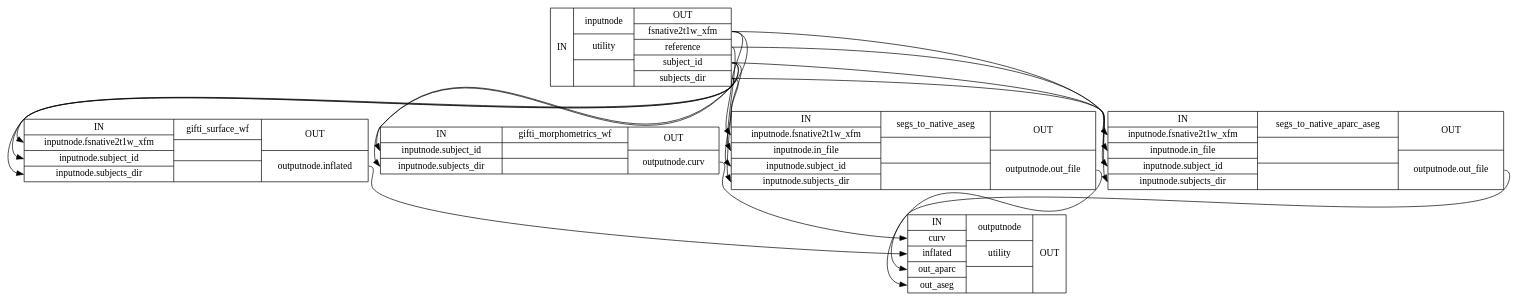
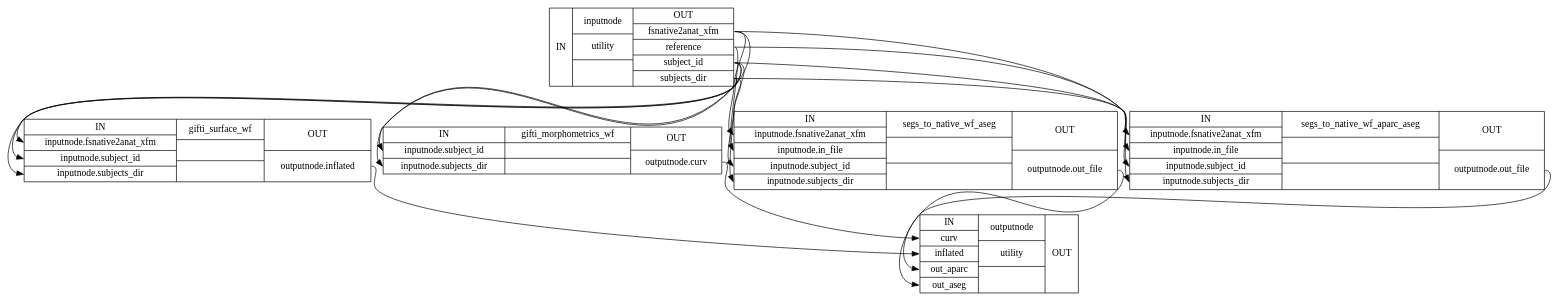
The diagram in wf_directive/api/surface_derivatives_wf/smriprep-workflows-surfaces-10_detailed.dot (laviniawuensch/smriprep), drawn with Graphviz before and after one commit. The commit also changed 2568 other files, not shown here.

```diff
--- a/wf_directive/api/surface_derivatives_wf/smriprep-workflows-surfaces-10_detailed.dot
+++ b/wf_directive/api/surface_derivatives_wf/smriprep-workflows-surfaces-10_detailed.dot
@@ -1,26 +1,26 @@
 digraph structs {
 node [shape=record];
-surface_derivatives_wfinputnode [label="{IN}|{ inputnode | utility |  }|{OUT|<outfsnative2t1wxfm> fsnative2t1w_xfm|<outreference> reference|<outsubjectid> subject_id|<outsubjectsdir> subjects_dir}"];
-surface_derivatives_wfgifti_surface_wf [label="{IN|<ininputnodefsnative2t1wxfm> inputnode.fsnative2t1w_xfm|<ininputnodesubjectid> inputnode.subject_id|<ininputnodesubjectsdir> inputnode.subjects_dir}|{ gifti_surface_wf |  |  }|{OUT|<outoutputnodeinflated> outputnode.inflated}"];
+surface_derivatives_wfinputnode [label="{IN}|{ inputnode | utility |  }|{OUT|<outfsnative2anatxfm> fsnative2anat_xfm|<outreference> reference|<outsubjectid> subject_id|<outsubjectsdir> subjects_dir}"];
+surface_derivatives_wfgifti_surface_wf [label="{IN|<ininputnodefsnative2anatxfm> inputnode.fsnative2anat_xfm|<ininputnodesubjectid> inputnode.subject_id|<ininputnodesubjectsdir> inputnode.subjects_dir}|{ gifti_surface_wf |  |  }|{OUT|<outoutputnodeinflated> outputnode.inflated}"];
 surface_derivatives_wfgifti_morphometrics_wf [label="{IN|<ininputnodesubjectid> inputnode.subject_id|<ininputnodesubjectsdir> inputnode.subjects_dir}|{ gifti_morphometrics_wf |  |  }|{OUT|<outoutputnodecurv> outputnode.curv}"];
-surface_derivatives_wfsegs_to_native_aseg [label="{IN|<ininputnodefsnative2t1wxfm> inputnode.fsnative2t1w_xfm|<ininputnodeinfile> inputnode.in_file|<ininputnodesubjectid> inputnode.subject_id|<ininputnodesubjectsdir> inputnode.subjects_dir}|{ segs_to_native_aseg |  |  }|{OUT|<outoutputnodeoutfile> outputnode.out_file}"];
-surface_derivatives_wfsegs_to_native_aparc_aseg [label="{IN|<ininputnodefsnative2t1wxfm> inputnode.fsnative2t1w_xfm|<ininputnodeinfile> inputnode.in_file|<ininputnodesubjectid> inputnode.subject_id|<ininputnodesubjectsdir> inputnode.subjects_dir}|{ segs_to_native_aparc_aseg |  |  }|{OUT|<outoutputnodeoutfile> outputnode.out_file}"];
+surface_derivatives_wfsegs_to_native_wf_aseg [label="{IN|<ininputnodefsnative2anatxfm> inputnode.fsnative2anat_xfm|<ininputnodeinfile> inputnode.in_file|<ininputnodesubjectid> inputnode.subject_id|<ininputnodesubjectsdir> inputnode.subjects_dir}|{ segs_to_native_wf_aseg |  |  }|{OUT|<outoutputnodeoutfile> outputnode.out_file}"];
+surface_derivatives_wfsegs_to_native_wf_aparc_aseg [label="{IN|<ininputnodefsnative2anatxfm> inputnode.fsnative2anat_xfm|<ininputnodeinfile> inputnode.in_file|<ininputnodesubjectid> inputnode.subject_id|<ininputnodesubjectsdir> inputnode.subjects_dir}|{ segs_to_native_wf_aparc_aseg |  |  }|{OUT|<outoutputnodeoutfile> outputnode.out_file}"];
 surface_derivatives_wfoutputnode [label="{IN|<incurv> curv|<ininflated> inflated|<inoutaparc> out_aparc|<inoutaseg> out_aseg}|{ outputnode | utility |  }|{OUT}"];
 surface_derivatives_wfgifti_morphometrics_wf:outoutputnodecurv:e -> surface_derivatives_wfoutputnode:incurv:w;
 surface_derivatives_wfgifti_surface_wf:outoutputnodeinflated:e -> surface_derivatives_wfoutputnode:ininflated:w;
-surface_derivatives_wfinputnode:outfsnative2t1wxfm:e -> surface_derivatives_wfgifti_surface_wf:ininputnodefsnative2t1wxfm:w;
-surface_derivatives_wfinputnode:outfsnative2t1wxfm:e -> surface_derivatives_wfsegs_to_native_aparc_aseg:ininputnodefsnative2t1wxfm:w;
-surface_derivatives_wfinputnode:outfsnative2t1wxfm:e -> surface_derivatives_wfsegs_to_native_aseg:ininputnodefsnative2t1wxfm:w;
-surface_derivatives_wfinputnode:outreference:e -> surface_derivatives_wfsegs_to_native_aparc_aseg:ininputnodeinfile:w;
-surface_derivatives_wfinputnode:outreference:e -> surface_derivatives_wfsegs_to_native_aseg:ininputnodeinfile:w;
+surface_derivatives_wfinputnode:outfsnative2anatxfm:e -> surface_derivatives_wfgifti_surface_wf:ininputnodefsnative2anatxfm:w;
+surface_derivatives_wfinputnode:outfsnative2anatxfm:e -> surface_derivatives_wfsegs_to_native_wf_aparc_aseg:ininputnodefsnative2anatxfm:w;
+surface_derivatives_wfinputnode:outfsnative2anatxfm:e -> surface_derivatives_wfsegs_to_native_wf_aseg:ininputnodefsnative2anatxfm:w;
+surface_derivatives_wfinputnode:outreference:e -> surface_derivatives_wfsegs_to_native_wf_aparc_aseg:ininputnodeinfile:w;
+surface_derivatives_wfinputnode:outreference:e -> surface_derivatives_wfsegs_to_native_wf_aseg:ininputnodeinfile:w;
 surface_derivatives_wfinputnode:outsubjectid:e -> surface_derivatives_wfgifti_morphometrics_wf:ininputnodesubjectid:w;
 surface_derivatives_wfinputnode:outsubjectid:e -> surface_derivatives_wfgifti_surface_wf:ininputnodesubjectid:w;
-surface_derivatives_wfinputnode:outsubjectid:e -> surface_derivatives_wfsegs_to_native_aparc_aseg:ininputnodesubjectid:w;
-surface_derivatives_wfinputnode:outsubjectid:e -> surface_derivatives_wfsegs_to_native_aseg:ininputnodesubjectid:w;
+surface_derivatives_wfinputnode:outsubjectid:e -> surface_derivatives_wfsegs_to_native_wf_aparc_aseg:ininputnodesubjectid:w;
+surface_derivatives_wfinputnode:outsubjectid:e -> surface_derivatives_wfsegs_to_native_wf_aseg:ininputnodesubjectid:w;
 surface_derivatives_wfinputnode:outsubjectsdir:e -> surface_derivatives_wfgifti_morphometrics_wf:ininputnodesubjectsdir:w;
 surface_derivatives_wfinputnode:outsubjectsdir:e -> surface_derivatives_wfgifti_surface_wf:ininputnodesubjectsdir:w;
-surface_derivatives_wfinputnode:outsubjectsdir:e -> surface_derivatives_wfsegs_to_native_aparc_aseg:ininputnodesubjectsdir:w;
-surface_derivatives_wfinputnode:outsubjectsdir:e -> surface_derivatives_wfsegs_to_native_aseg:ininputnodesubjectsdir:w;
-surface_derivatives_wfsegs_to_native_aparc_aseg:outoutputnodeoutfile:e -> surface_derivatives_wfoutputnode:inoutaparc:w;
-surface_derivatives_wfsegs_to_native_aseg:outoutputnodeoutfile:e -> surface_derivatives_wfoutputnode:inoutaseg:w;
+surface_derivatives_wfinputnode:outsubjectsdir:e -> surface_derivatives_wfsegs_to_native_wf_aparc_aseg:ininputnodesubjectsdir:w;
+surface_derivatives_wfinputnode:outsubjectsdir:e -> surface_derivatives_wfsegs_to_native_wf_aseg:ininputnodesubjectsdir:w;
+surface_derivatives_wfsegs_to_native_wf_aparc_aseg:outoutputnodeoutfile:e -> surface_derivatives_wfoutputnode:inoutaparc:w;
+surface_derivatives_wfsegs_to_native_wf_aseg:outoutputnodeoutfile:e -> surface_derivatives_wfoutputnode:inoutaseg:w;
 }
```
